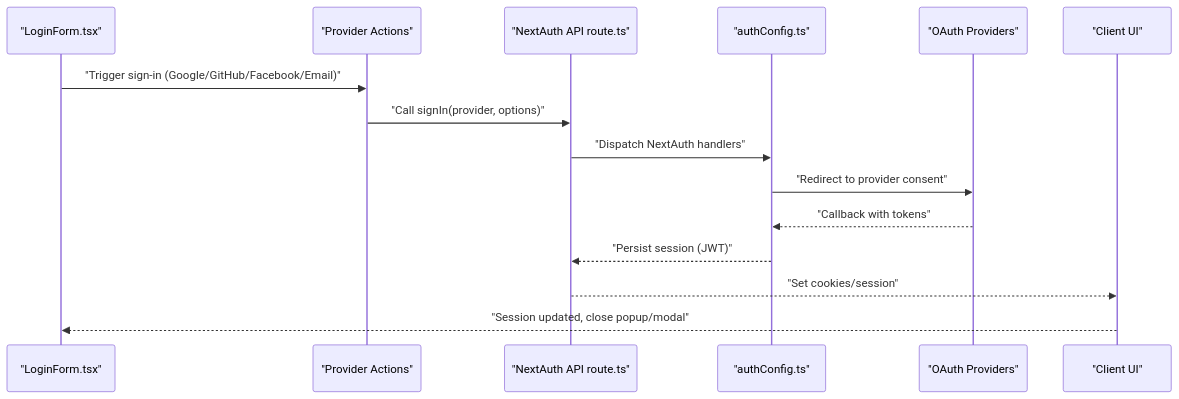
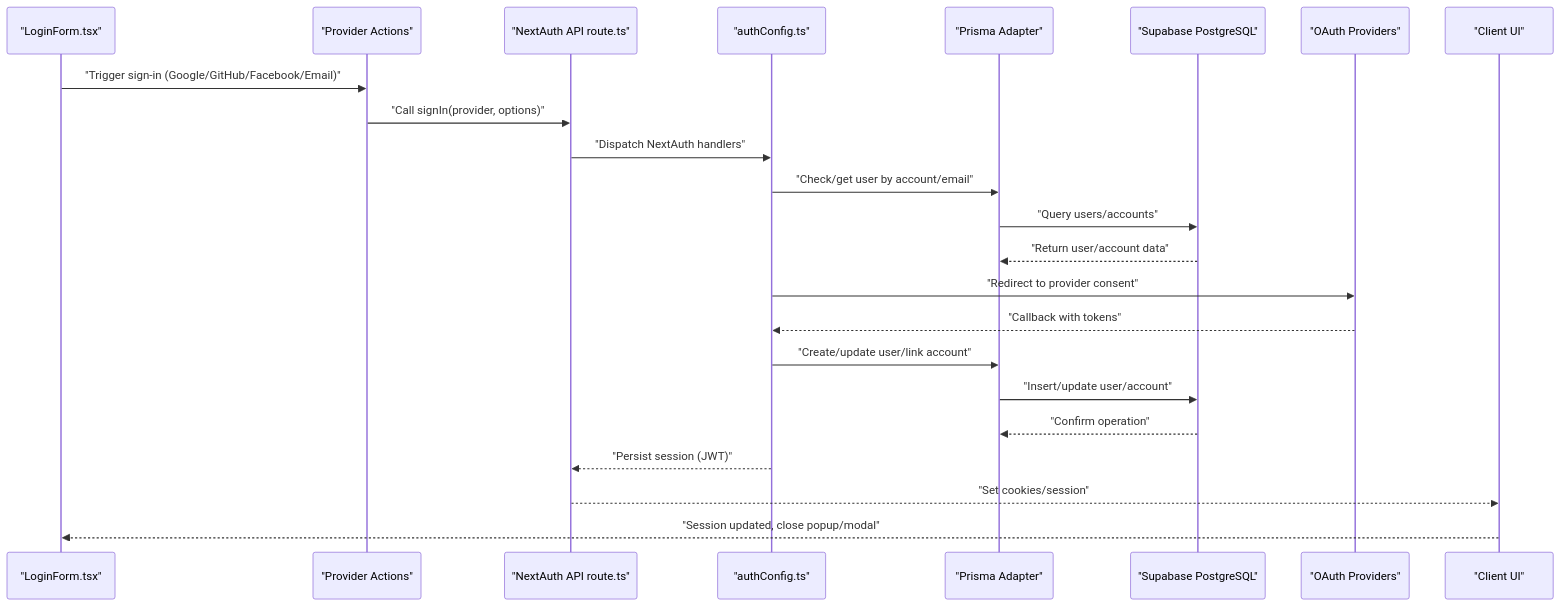
Before and after one commit to AlexKutz/math-app-next-js: the second of 6 diagrams in .qoder/repowiki/en/content/Authentication & Authorization.md, drawn with Mermaid. The commit also changed other lines of this file and 9 other files, not shown here.

````diff
--- a/.qoder/repowiki/en/content/Authentication & Authorization.md
+++ b/.qoder/repowiki/en/content/Authentication & Authorization.md
@@ -147,17 +156,25 @@
 ```mermaid
 sequenceDiagram
 participant UI as "LoginForm.tsx"
 participant Actions as "Provider Actions"
 participant NA_API as "NextAuth API route.ts"
 participant NA_Config as "authConfig.ts"
+participant Adapter as "Prisma Adapter"
+participant DB as "Supabase PostgreSQL"
 participant Providers as "OAuth Providers"
 participant Client as "Client UI"
 UI->>Actions : "Trigger sign-in (Google/GitHub/Facebook/Email)"
 Actions->>NA_API : "Call signIn(provider, options)"
 NA_API->>NA_Config : "Dispatch NextAuth handlers"
+NA_Config->>Adapter : "Check/get user by account/email"
+Adapter->>DB : "Query users/accounts"
+DB-->>Adapter : "Return user/account data"
 NA_Config->>Providers : "Redirect to provider consent"
 Providers-->>NA_Config : "Callback with tokens"
+NA_Config->>Adapter : "Create/update user/link account"
+Adapter->>DB : "Insert/update user/account"
+DB-->>Adapter : "Confirm operation"
 NA_Config-->>NA_API : "Persist session (JWT)"
 NA_API-->>Client : "Set cookies/session"
 Client-->>UI : "Session updated, close popup/modal"
 ```
````
